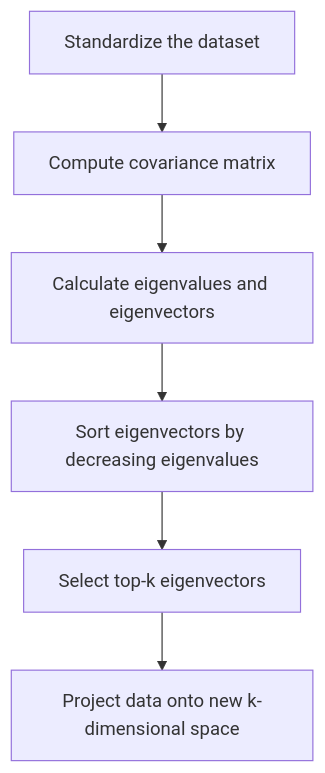
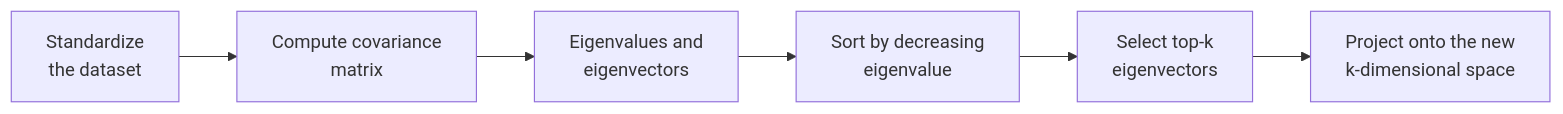
Diagram 17 of 17 in ml-course/unit-2.md (SureshAmal/learnmaker), drawn with Mermaid before and after one commit. The commit also changed other lines of this file and 668 other files, not shown here.

````diff
--- a/ml-course/unit-2.md
+++ b/ml-course/unit-2.md
@@ -500,8 +1323,8 @@
 ```mermaid
-flowchart TD
-    A["Standardize the dataset"] --> B["Compute covariance matrix"]
-    B --> C["Calculate eigenvalues and eigenvectors"]
-    C --> D["Sort eigenvectors by decreasing eigenvalues"]
-    D --> E["Select top-k eigenvectors"]
-    E --> F["Project data onto new k-dimensional space"]
+flowchart LR
+    A["Standardize<br/>the dataset"] --> B["Compute covariance<br/>matrix"]
+    B --> C["Eigenvalues and<br/>eigenvectors"]
+    C --> D["Sort by decreasing<br/>eigenvalue"]
+    D --> E["Select top-k<br/>eigenvectors"]
+    E --> F["Project onto the new<br/>k-dimensional space"]
 ```
````
